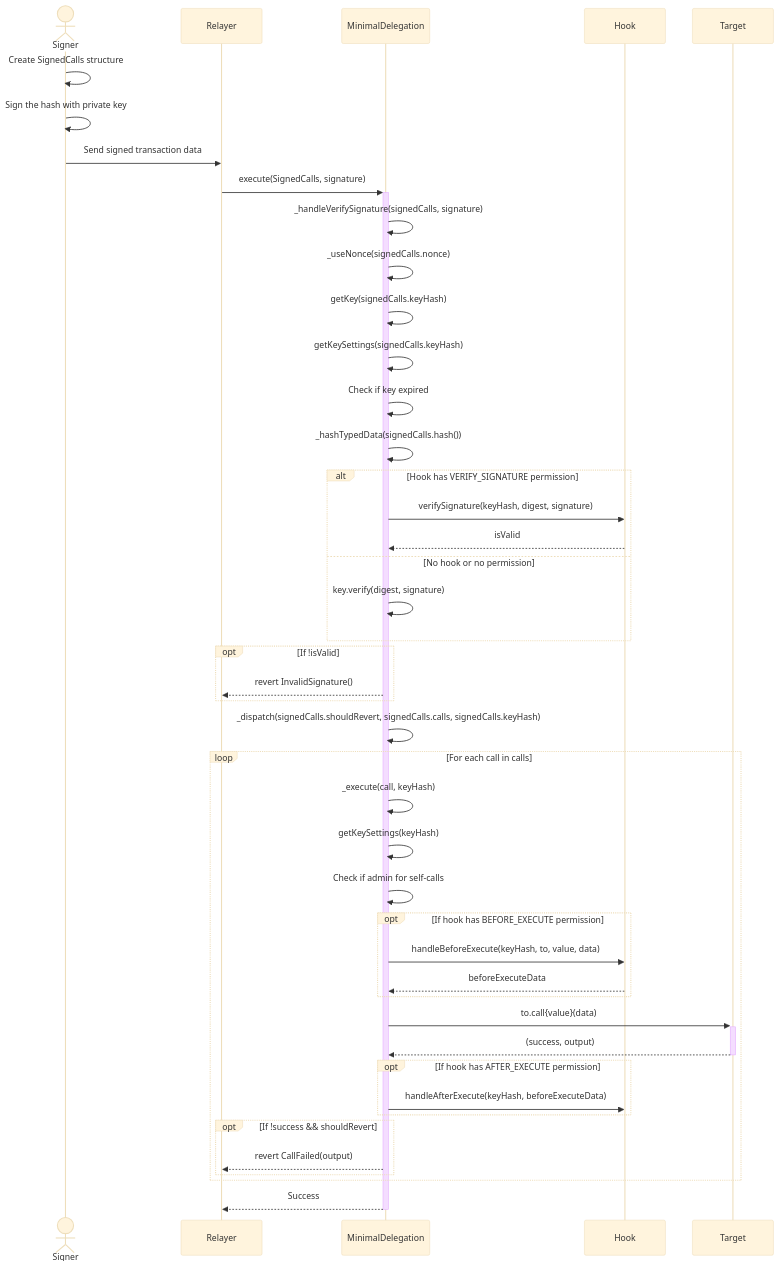
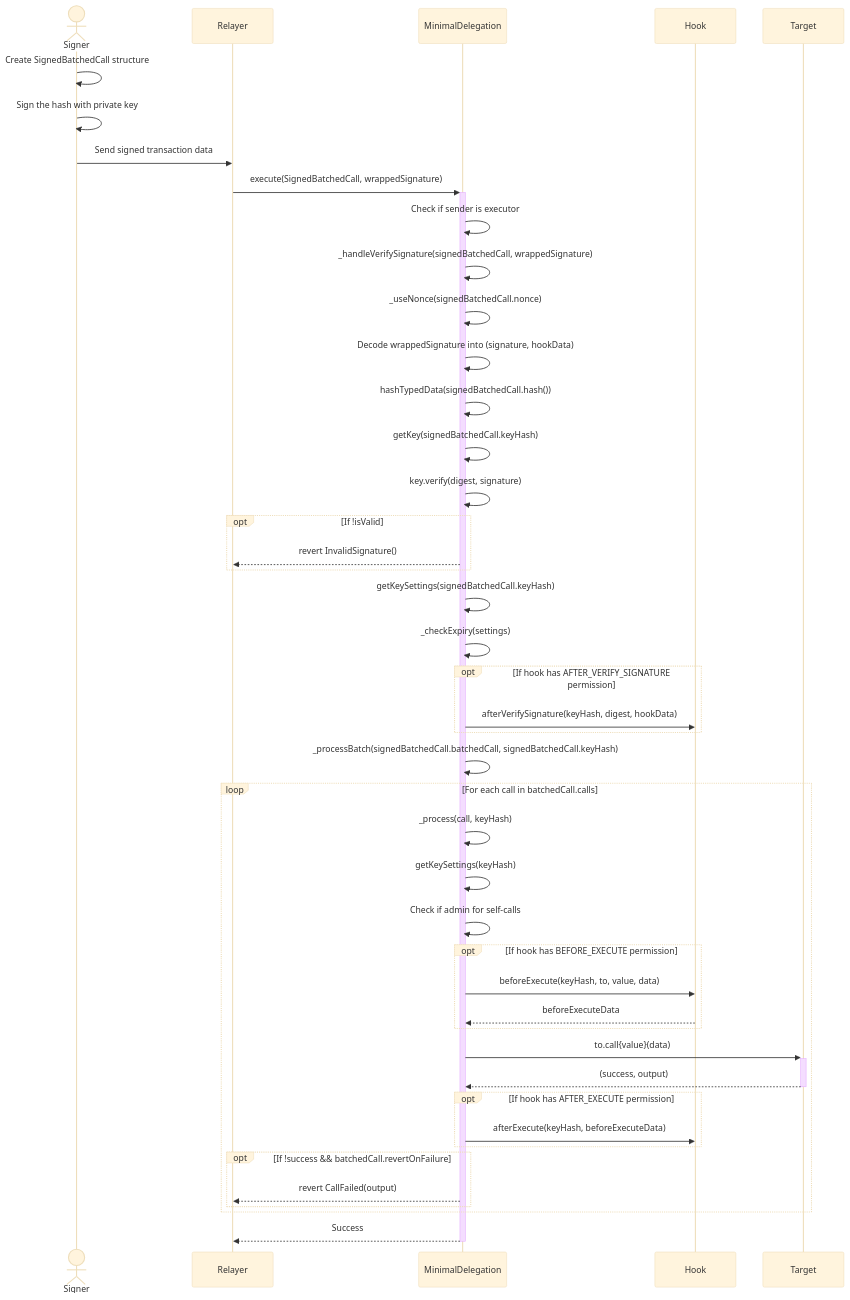
One commit to Uniswap/minimal-delegation changed the third of 7 diagrams in README.md. Above: the diagram before and after it, drawn with Mermaid (base theme). The commit also changed other lines of this file, not shown here.

Commit message:
new diagrams

````diff
--- a/README.md
+++ b/README.md
@@ -81,56 +98,57 @@
 ```mermaid
 sequenceDiagram
     actor Signer
     participant Relayer
     participant Account as MinimalDelegation
     participant Hook
     participant Target
     
-    Signer->>Signer: Create SignedCalls structure
+    Signer->>Signer: Create SignedBatchedCall structure
     Signer->>Signer: Sign the hash with private key
     Signer->>Relayer: Send signed transaction data
-    Relayer->>+Account: execute(SignedCalls, signature)
-    Account->>Account: _handleVerifySignature(signedCalls, signature)
-    Account->>Account: _useNonce(signedCalls.nonce)
-    Account->>Account: getKey(signedCalls.keyHash)
-    Account->>Account: getKeySettings(signedCalls.keyHash)
-    Account->>Account: Check if key expired
-    Account->>Account: _hashTypedData(signedCalls.hash())
-    
-    alt Hook has VERIFY_SIGNATURE permission
-        Account->>Hook: verifySignature(keyHash, digest, signature)
-        Hook-->>Account: isValid
-    else No hook or no permission
-        Account->>Account: key.verify(digest, signature)
-    end
+    Relayer->>+Account: execute(SignedBatchedCall, wrappedSignature)
+    Account->>Account: Check if sender is executor
+    Account->>Account: _handleVerifySignature(signedBatchedCall, wrappedSignature)
+    Account->>Account: _useNonce(signedBatchedCall.nonce)
+    Account->>Account: Decode wrappedSignature into (signature, hookData)
+    Account->>Account: hashTypedData(signedBatchedCall.hash())
+    Account->>Account: getKey(signedBatchedCall.keyHash)
+    Account->>Account: key.verify(digest, signature)
     
     opt If !isValid
         Account-->>Relayer: revert InvalidSignature()
     end
     
-    Account->>Account: _dispatch(signedCalls.shouldRevert, signedCalls.calls, signedCalls.keyHash)
+    Account->>Account: getKeySettings(signedBatchedCall.keyHash)
+    Account->>Account: _checkExpiry(settings)
     
-    loop For each call in calls
-        Account->>Account: _execute(call, keyHash)
+    opt If hook has AFTER_VERIFY_SIGNATURE permission
+        Account->>Hook: afterVerifySignature(keyHash, digest, hookData)
+    end
+    
+    Account->>Account: _processBatch(signedBatchedCall.batchedCall, signedBatchedCall.keyHash)
+    
+    loop For each call in batchedCall.calls
+        Account->>Account: _process(call, keyHash)
         Account->>Account: getKeySettings(keyHash)
         Account->>Account: Check if admin for self-calls
         
         opt If hook has BEFORE_EXECUTE permission
-            Account->>Hook: handleBeforeExecute(keyHash, to, value, data)
+            Account->>Hook: beforeExecute(keyHash, to, value, data)
             Hook-->>Account: beforeExecuteData
         end
         
         Account->>+Target: to.call{value}(data)
         Target-->>-Account: (success, output)
         
         opt If hook has AFTER_EXECUTE permission
-            Account->>Hook: handleAfterExecute(keyHash, beforeExecuteData)
+            Account->>Hook: afterExecute(keyHash, beforeExecuteData)
         end
         
-        opt If !success && shouldRevert
+        opt If !success && batchedCall.revertOnFailure
             Account-->>Relayer: revert CallFailed(output)
         end
     end
     
     Account-->>-Relayer: Success
 ```
````
